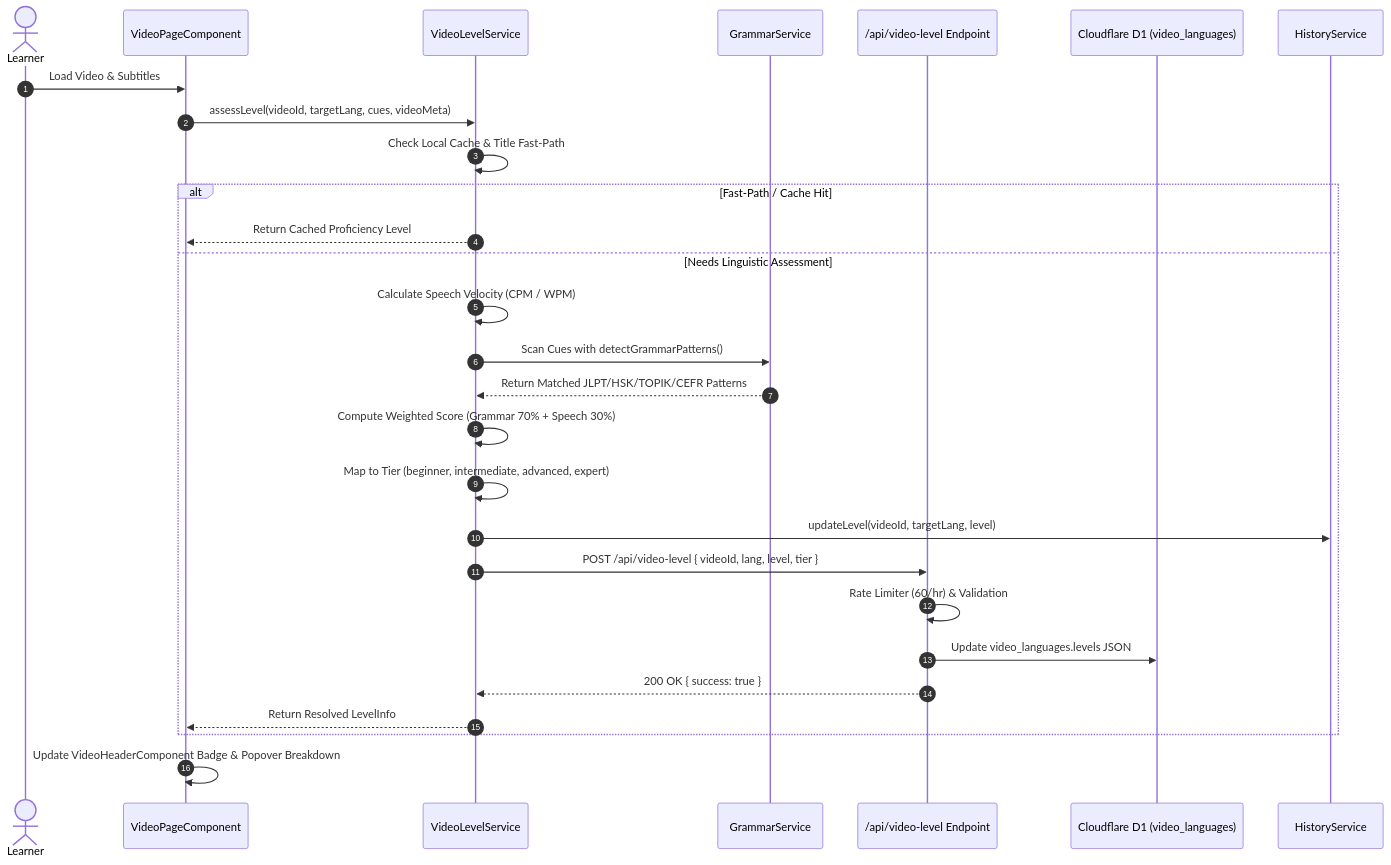
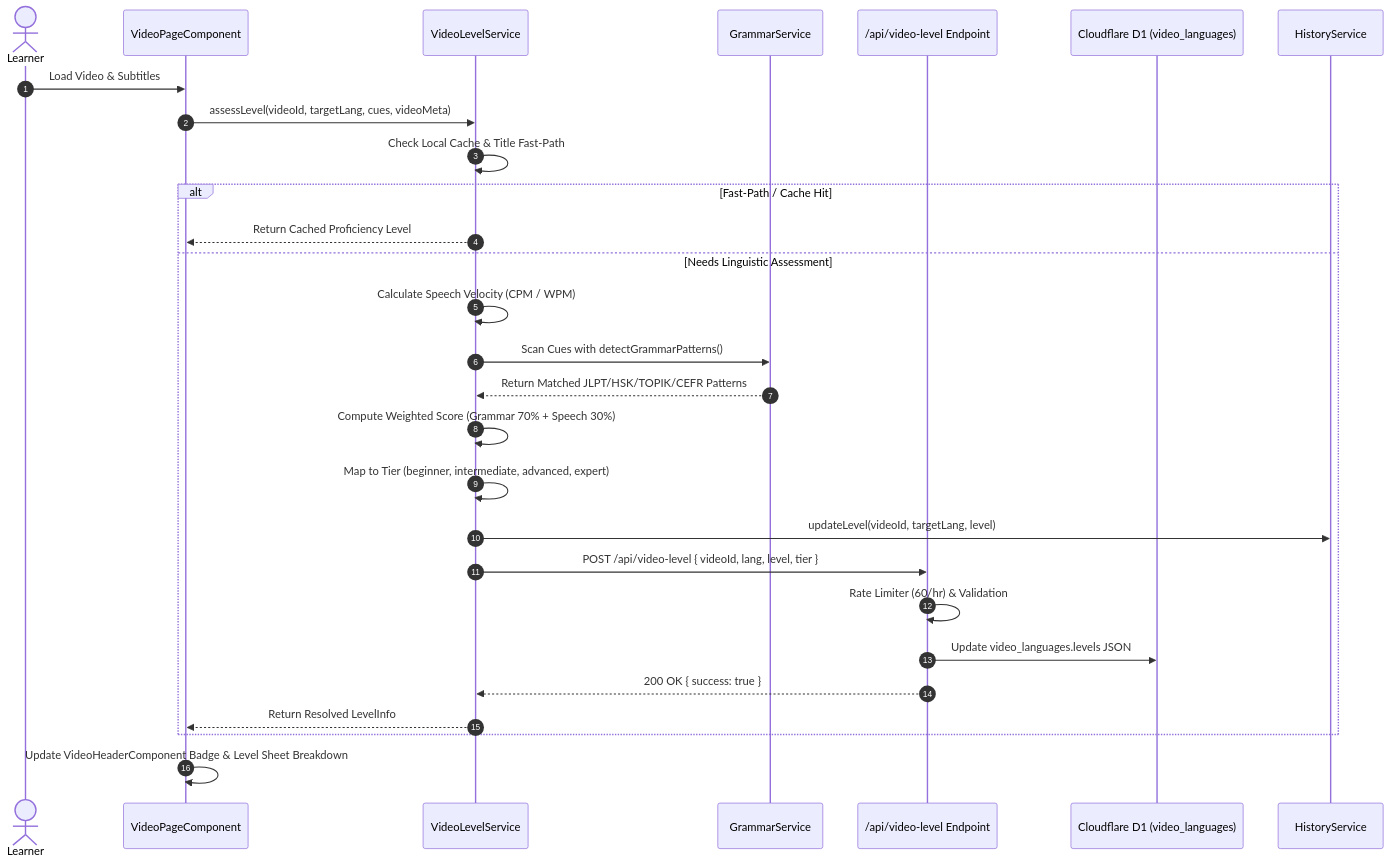
The seventh of 9 diagrams in doc/map.md (ghuyphan/LinguaTube), drawn with Mermaid before and after one commit. The commit also changed 23 other files, not shown here.

````diff
--- a/doc/map.md
+++ b/doc/map.md
@@ -353,31 +353,31 @@
 ```mermaid
 sequenceDiagram
     autonumber
     actor Learner
     participant Player as VideoPageComponent
     participant LevelService as VideoLevelService
     participant Grammar as GrammarService
     participant Edge as /api/video-level Endpoint
     participant D1 as Cloudflare D1 (video_languages)
     participant History as HistoryService
 
     Learner->>Player: Load Video & Subtitles
     Player->>LevelService: assessLevel(videoId, targetLang, cues, videoMeta)
     LevelService->>LevelService: Check Local Cache & Title Fast-Path
     alt Fast-Path / Cache Hit
         LevelService-->>Player: Return Cached Proficiency Level
     else Needs Linguistic Assessment
         LevelService->>LevelService: Calculate Speech Velocity (CPM / WPM)
         LevelService->>Grammar: Scan Cues with detectGrammarPatterns()
         Grammar-->>LevelService: Return Matched JLPT/HSK/TOPIK/CEFR Patterns
         LevelService->>LevelService: Compute Weighted Score (Grammar 70% + Speech 30%)
         LevelService->>LevelService: Map to Tier (beginner, intermediate, advanced, expert)
         LevelService->>History: updateLevel(videoId, targetLang, level)
         LevelService->>Edge: POST /api/video-level { videoId, lang, level, tier }
         Edge->>Edge: Rate Limiter (60/hr) & Validation
         Edge->>D1: Update video_languages.levels JSON
         Edge-->>LevelService: 200 OK { success: true }
         LevelService-->>Player: Return Resolved LevelInfo
     end
-    Player->>Player: Update VideoHeaderComponent Badge & Popover Breakdown
+    Player->>Player: Update VideoHeaderComponent Badge & Level Sheet Breakdown
 ```
````
